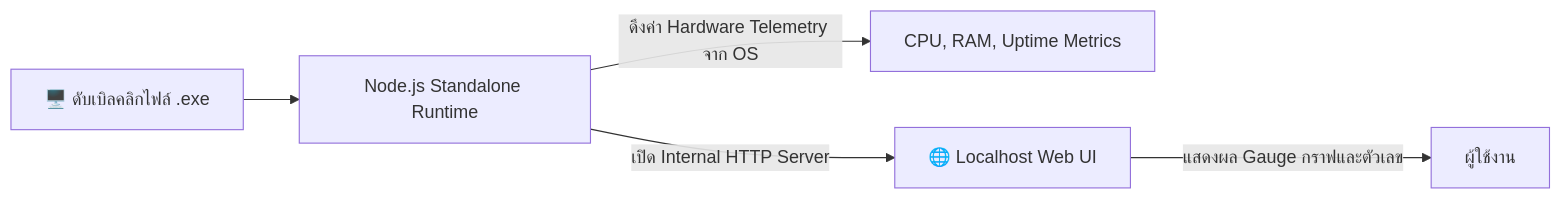
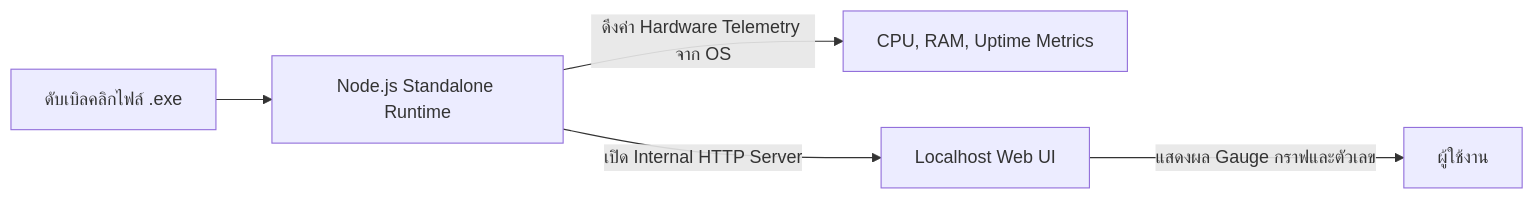
The eighth of 9 diagrams in README.md (FANG9356/MyProject), drawn with Mermaid before and after one commit. The commit also changed other lines of this file and 47 other files, not shown here.

````diff
--- a/README.md
+++ b/README.md
@@ -376,7 +376,7 @@
 ```mermaid
 flowchart LR
-    A[🖥️ ดับเบิลคลิกไฟล์ .exe] --> B[Node.js Standalone Runtime]
-    B -->|ดึงค่า Hardware Telemetry จาก OS| C[CPU, RAM, Uptime Metrics]
-    B -->|เปิด Internal HTTP Server| D[🌐 Localhost Web UI]
-    D -->|แสดงผล Gauge กราฟและตัวเลข| E[ผู้ใช้งาน]
+ A[ดับเบิลคลิกไฟล์ .exe] --> B[Node.js Standalone Runtime]
+ B -->|ดึงค่า Hardware Telemetry จาก OS| C[CPU, RAM, Uptime Metrics]
+ B -->|เปิด Internal HTTP Server| D[Localhost Web UI]
+ D -->|แสดงผล Gauge กราฟและตัวเลข| E[ผู้ใช้งาน]
 ```
````
